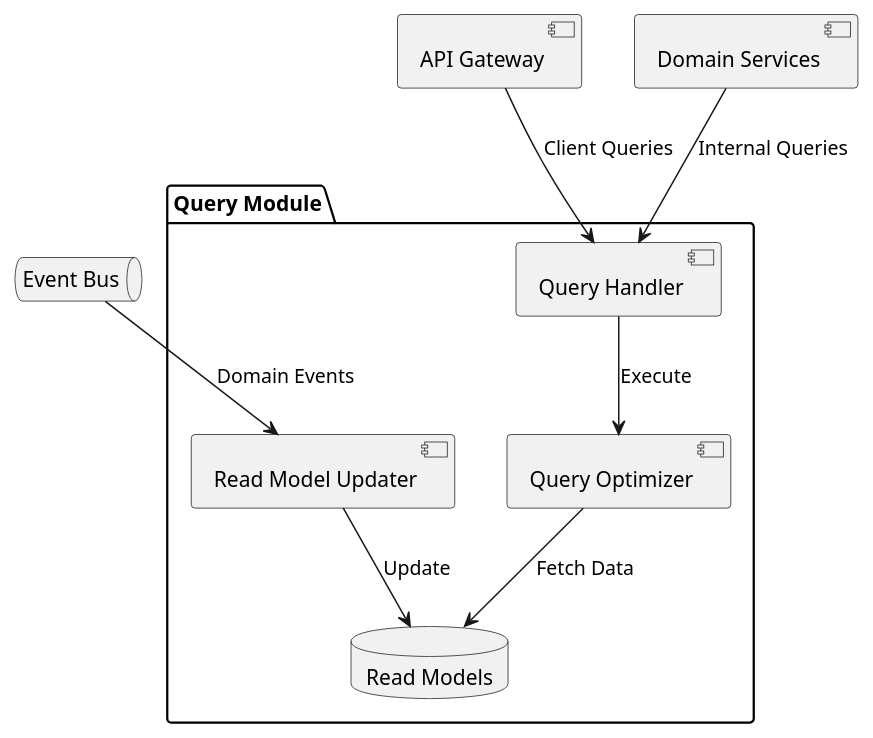
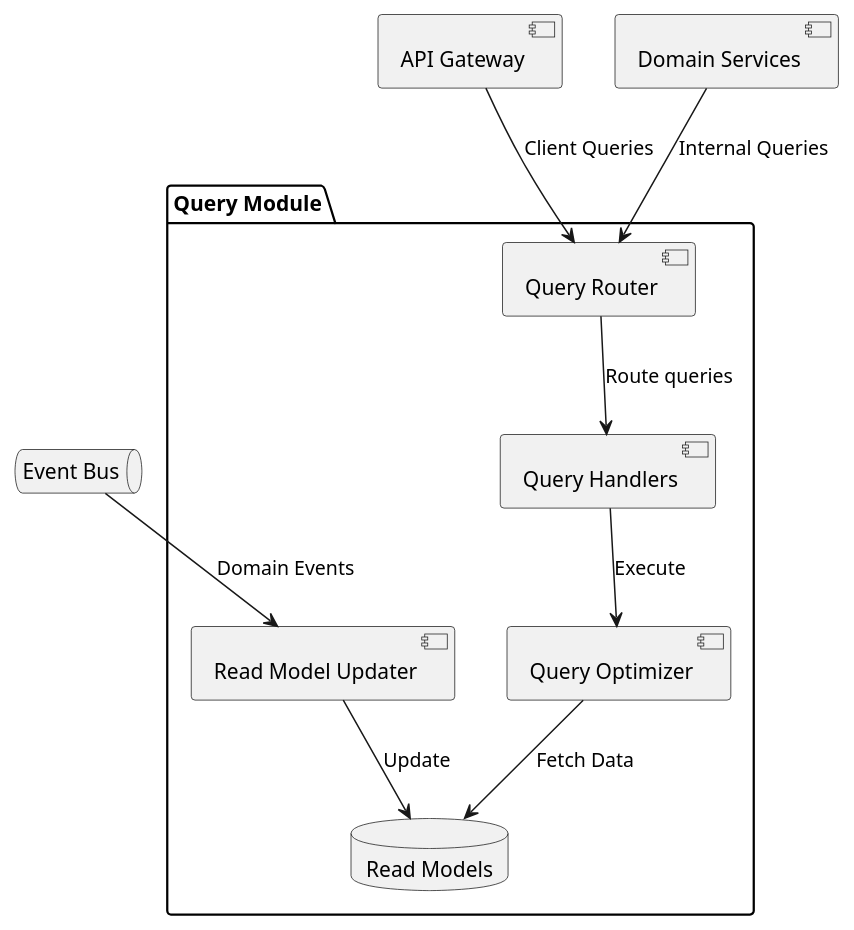
One commit to Osguima3/welz changed the fifth of 7 diagrams in docs/architecture.md. Above: the diagram before and after it, drawn with PlantUML. The commit also changed other lines of this file and 59 other files, not shown here.

````diff
--- a/docs/architecture.md
+++ b/docs/architecture.md
@@ -566,23 +660,25 @@
 ```plantuml
 @startuml
 package "Query Module" {
-    [Query Handler]
+    [Query Router]
+    [Query Handlers]
     [Read Model Updater]
     [Query Optimizer]
     database "Read Models"
 }
 
 queue "Event Bus"
 [API Gateway]
 [Domain Services]
 
-[API Gateway] --> [Query Handler] : Client Queries
-[Domain Services] --> [Query Handler] : Internal Queries
+[API Gateway] --> [Query Router] : Client Queries
+[Domain Services] --> [Query Router] : Internal Queries
 
-[Query Handler] --> [Query Optimizer] : Execute
+[Query Router] --> [Query Handlers] : Route queries
+[Query Handlers] --> [Query Optimizer] : Execute
 [Query Optimizer] --> [Read Models] : Fetch Data
 
 [Event Bus] --> [Read Model Updater] : Domain Events
 [Read Model Updater] --> [Read Models] : Update
 @enduml
 ```
````
